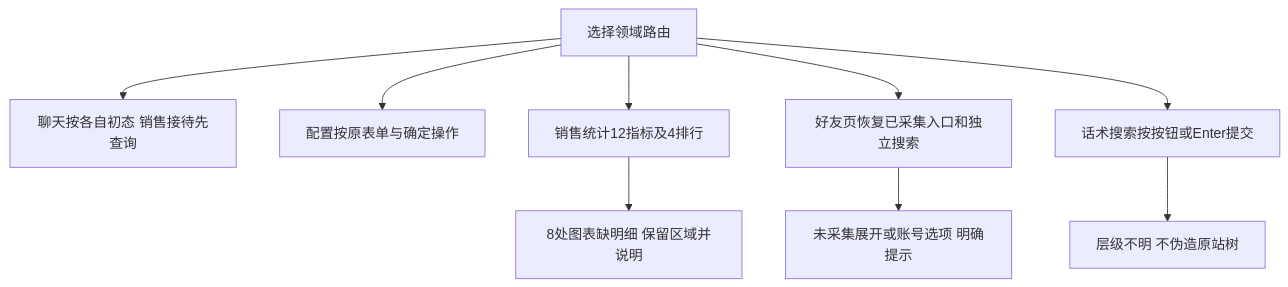
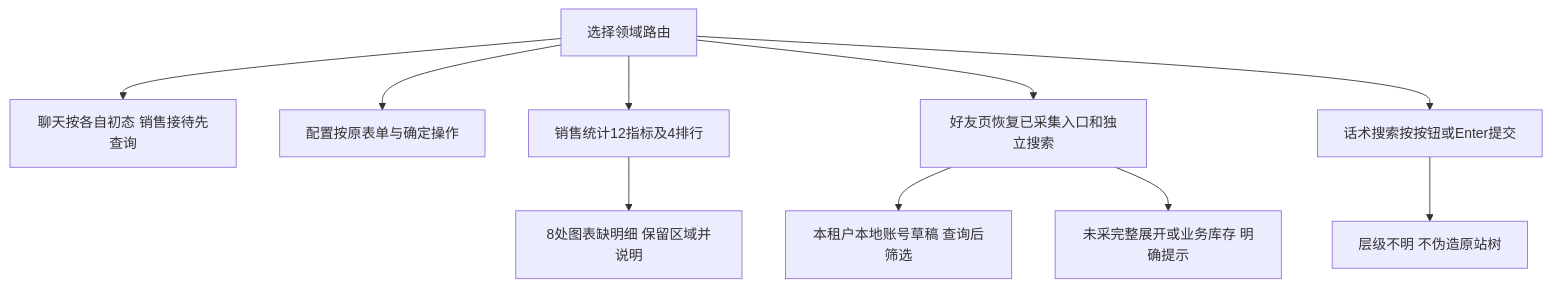
Before and after one commit to xfang9528-glitch/suiyin-admin: the eighth of 10 diagrams in flowcharts/admin-live-reference.md, drawn with Mermaid. The commit also changed other lines of this file and 103 other files, not shown here.

````diff
--- a/flowcharts/admin-live-reference.md
+++ b/flowcharts/admin-live-reference.md
@@ -169,11 +169,12 @@
 ```mermaid
 flowchart TD
     Route[选择领域路由] --> Chat[聊天按各自初态 销售接待先查询]
     Route --> Config[配置按原表单与确定操作]
     Route --> Dashboard[销售统计12指标及4排行]
     Dashboard --> ChartGap[8处图表缺明细 保留区域并说明]
     Route --> Friends[好友页恢复已采集入口和独立搜索]
-    Friends --> ExpandGap[未采集展开或账号选项 明确提示]
+    Friends --> Accounts[本租户本地账号草稿 查询后筛选]
+    Friends --> ExpandGap[未采完整展开或业务库存 明确提示]
     Route --> Scripts[话术搜索按按钮或Enter提交]
     Scripts --> TreeGap[层级不明 不伪造原站树]
 ```
````
